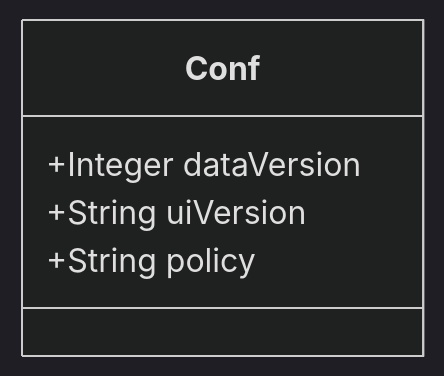
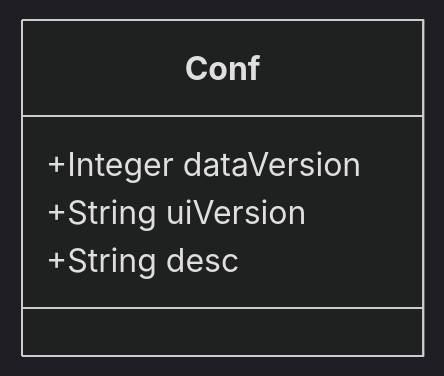
One commit to MichinobuMaeda/kyubikohub changed the second of 6 diagrams in docs/data_structure.md. Above: the diagram before and after it, drawn with Mermaid (dark theme). The commit also changed other lines of this file and 39 other files, not shown here.

````diff
--- a/docs/data_structure.md
+++ b/docs/data_structure.md
@@ -22,7 +22,7 @@
 ```mermaid
 classDiagram
     class Conf
     Conf : +Integer dataVersion
     Conf : +String uiVersion
-    Conf : +String policy
+    Conf : +String desc
 ```
````
